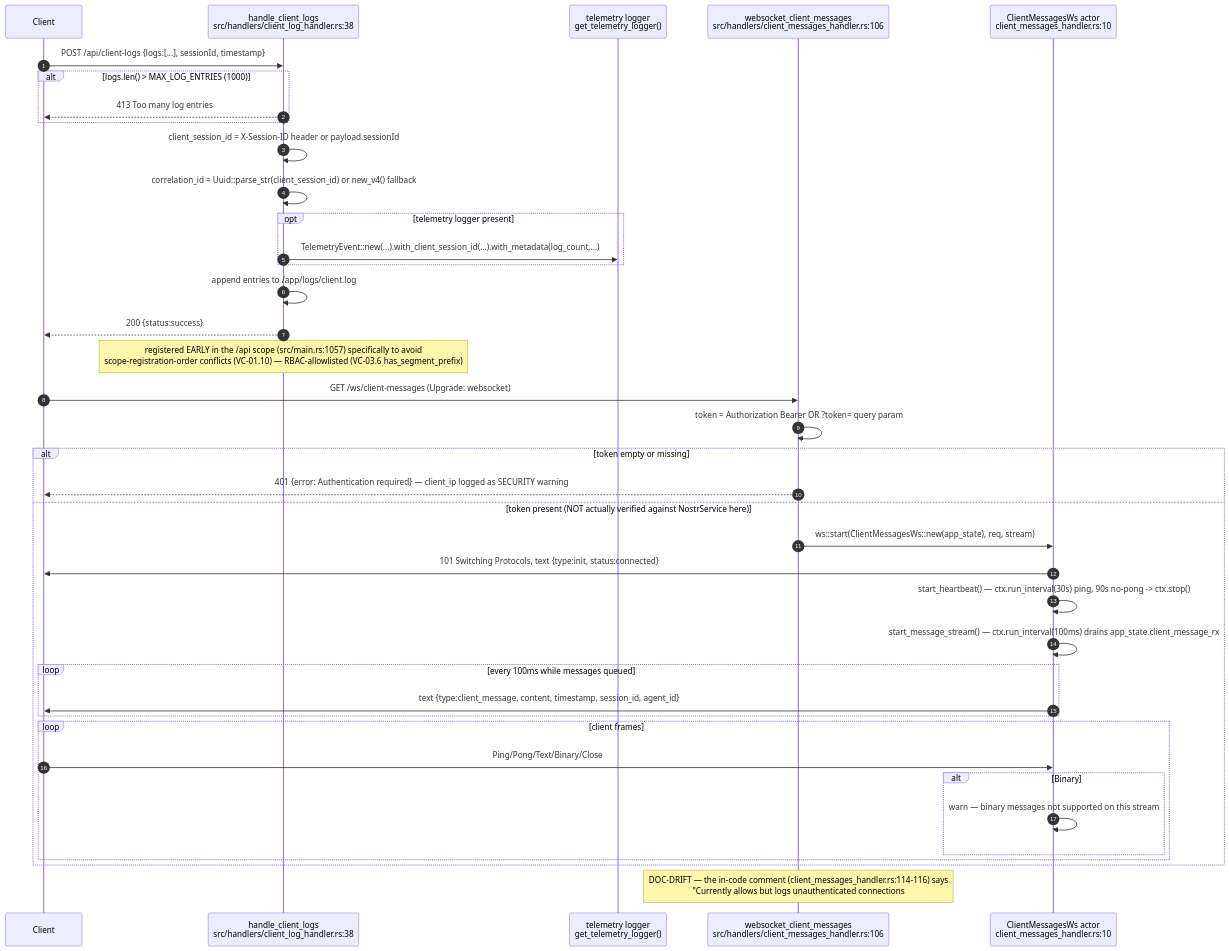
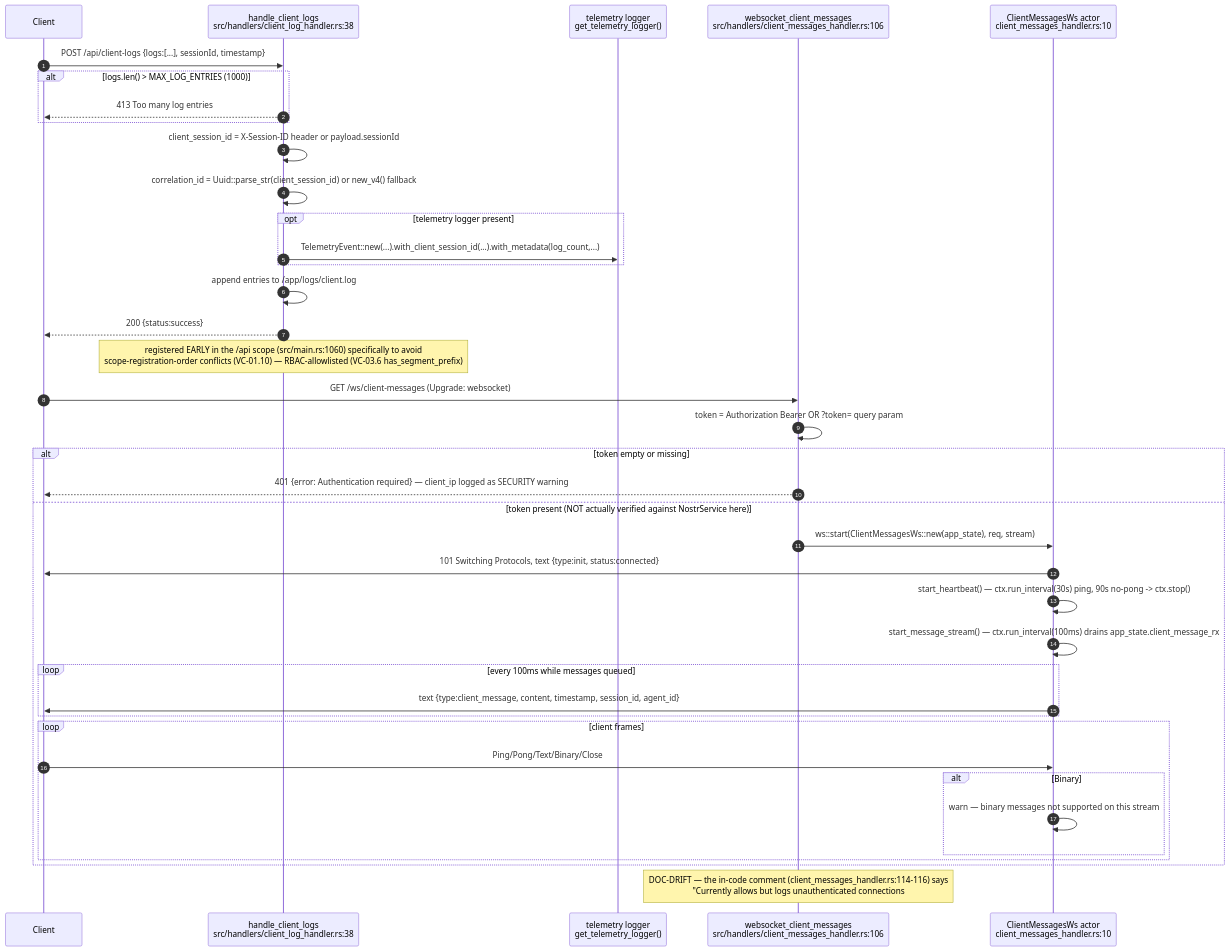
Before and after one commit to DreamLab-AI/AR-AI-Knowledge-Graph: diagram 25 of 29 in docs/diagrams/visionclaw/04-handlers-graph-and-state.md, drawn with Mermaid. The commit also changed other lines of this file and 73 other files, not shown here.

First line of the commit message:
docs(diagrams): re-verify all 71 topic files against HEAD; add --cite-check

````diff
--- a/docs/diagrams/visionclaw/04-handlers-graph-and-state.md
+++ b/docs/diagrams/visionclaw/04-handlers-graph-and-state.md
@@ -1066,43 +1066,43 @@
 ```mermaid
 sequenceDiagram
     autonumber
     participant C as Client
     participant CL as handle_client_logs<br/>src/handlers/client_log_handler.rs:38
     participant TL as telemetry logger<br/>get_telemetry_logger()
     participant WS as websocket_client_messages<br/>src/handlers/client_messages_handler.rs:106
     participant CW as ClientMessagesWs actor<br/>client_messages_handler.rs:10
 
     C->>CL: POST /api/client-logs {logs:[...], sessionId, timestamp}
     alt logs.len() > MAX_LOG_ENTRIES (1000)
         CL-->>C: 413 Too many log entries
     end
     CL->>CL: client_session_id = X-Session-ID header or payload.sessionId
     CL->>CL: correlation_id = Uuid::parse_str(client_session_id) or new_v4() fallback
     opt telemetry logger present
         CL->>TL: TelemetryEvent::new(...).with_client_session_id(...).with_metadata(log_count,...)
     end
     CL->>CL: append entries to /app/logs/client.log
     CL-->>C: 200 {status:success}
-    Note over CL: registered EARLY in the /api scope (src/main.rs:1057) specifically to avoid<br/>scope-registration-order conflicts (VC-01.10) — RBAC-allowlisted (VC-03.6 has_segment_prefix)
+    Note over CL: registered EARLY in the /api scope (src/main.rs:1060) specifically to avoid<br/>scope-registration-order conflicts (VC-01.10) — RBAC-allowlisted (VC-03.6 has_segment_prefix)
 
     C->>WS: GET /ws/client-messages (Upgrade: websocket)
     WS->>WS: token = Authorization Bearer OR ?token= query param
     alt token empty or missing
         WS-->>C: 401 {error: Authentication required} — client_ip logged as SECURITY warning
     else token present (NOT actually verified against NostrService here)
         WS->>CW: ws::start(ClientMessagesWs::new(app_state), req, stream)
         CW->>C: 101 Switching Protocols, text {type:init, status:connected}
         CW->>CW: start_heartbeat() — ctx.run_interval(30s) ping, 90s no-pong -> ctx.stop()
         CW->>CW: start_message_stream() — ctx.run_interval(100ms) drains app_state.client_message_rx
         loop every 100ms while messages queued
             CW->>C: text {type:client_message, content, timestamp, session_id, agent_id}
         end
         loop client frames
             C->>CW: Ping/Pong/Text/Binary/Close
             alt Binary
                 CW->>CW: warn — binary messages not supported on this stream
             end
         end
     end
     Note over WS: DOC-DRIFT — the in-code comment (client_messages_handler.rs:114-116) says<br/>#quot;Currently allows but logs unauthenticated connections#quot but the code (:131-142)<br/>actually REJECTS an empty token with 401 — the token's CONTENTS are never verified<br/>against NostrService, only its presence, so any non-empty string passes
 ```
````
